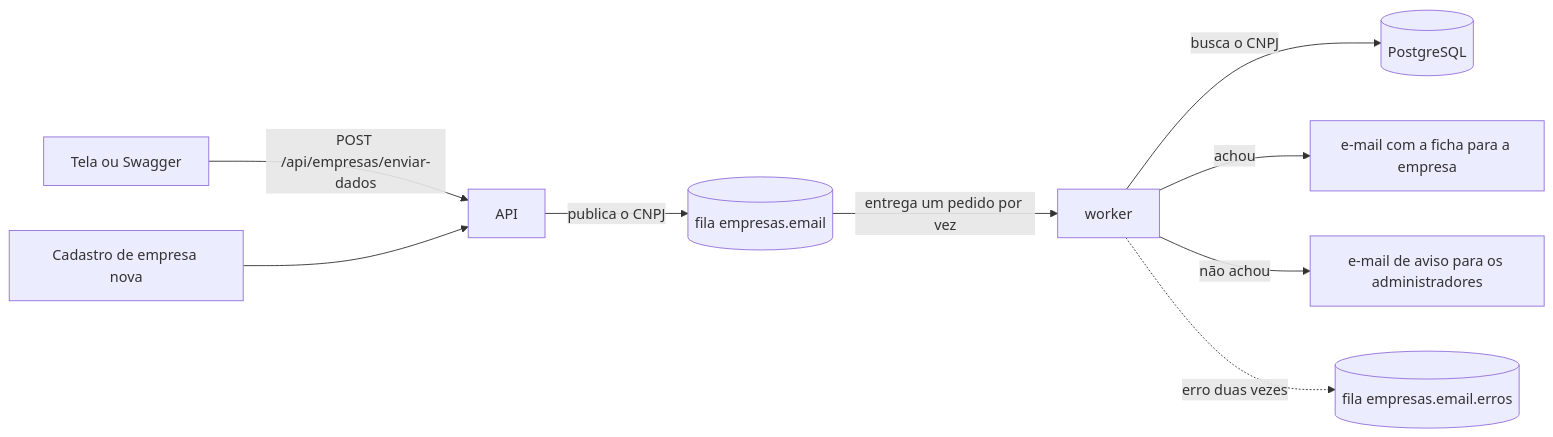
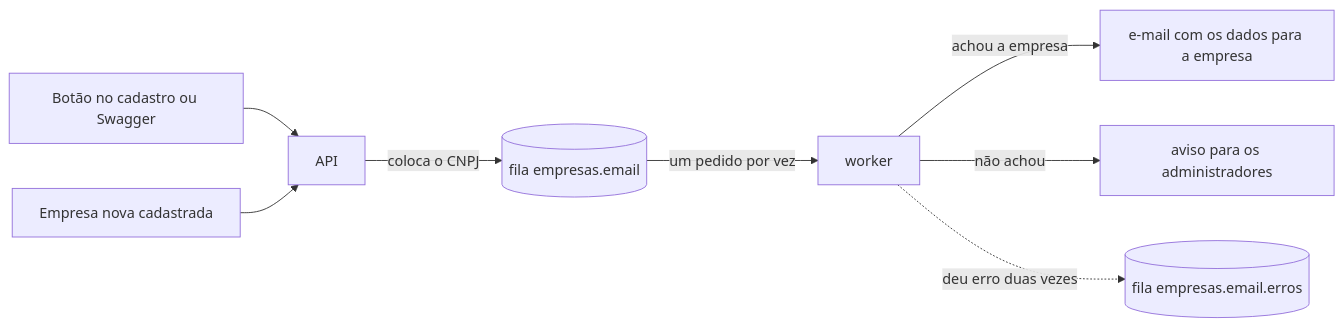
One commit to Geisel-jr/projeto-cadastro changed the diagram in docs/filas.md. Above: the diagram before and after it, drawn with Mermaid. The commit also changed other lines of this file and 4 other files, not shown here.

First line of the commit message:
fix: CI espera o worker ficar pronto e testa a fila com uma empresa própria; textos mais simples

````diff
--- a/docs/filas.md
+++ b/docs/filas.md
@@ -10,11 +17,10 @@
 ```mermaid
 flowchart LR
-  T[Tela ou Swagger] -->|POST /api/empresas/enviar-dados| A[API]
-  C[Cadastro de empresa nova] --> A
-  A -->|publica o CNPJ| F[(fila empresas.email)]
-  F -->|entrega um pedido por vez| W[worker]
-  W -->|busca o CNPJ| B[(PostgreSQL)]
-  W -->|achou| E1[e-mail com a ficha para a empresa]
-  W -->|não achou| E2[e-mail de aviso para os administradores]
-  W -.->|erro duas vezes| X[(fila empresas.email.erros)]
+  T[Botão no cadastro ou Swagger] --> A[API]
+  C[Empresa nova cadastrada] --> A
+  A -->|coloca o CNPJ| F[(fila empresas.email)]
+  F -->|um pedido por vez| W[worker]
+  W -->|achou a empresa| E1[e-mail com os dados para a empresa]
+  W -->|não achou| E2[aviso para os administradores]
+  W -.->|deu erro duas vezes| X[(fila empresas.email.erros)]
 ```
````
